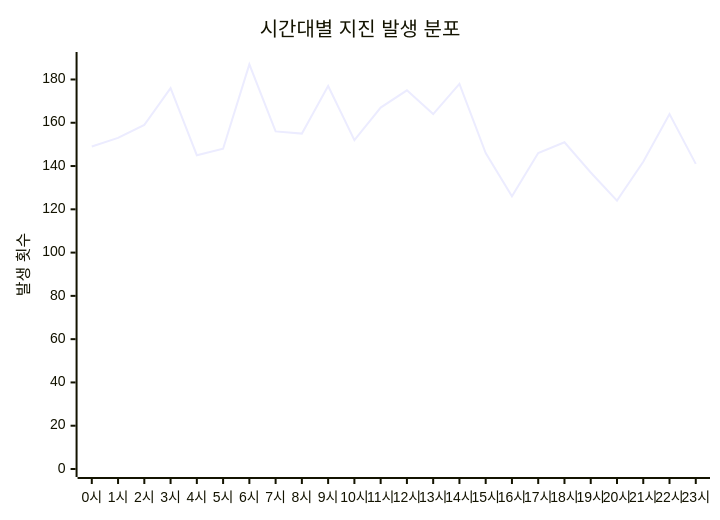
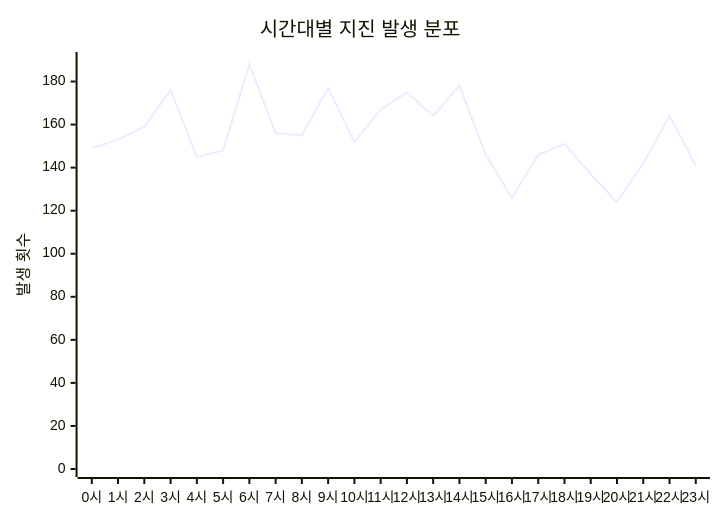
The diagram in charts/time-chart.md (serendip811/japan-eq), drawn with Mermaid before and after one commit. The commit also changed other lines of this file and 5 other files, not shown here.

Commit message:
Update earthquake data and charts Fri Feb 27 07:20:57 UTC 2026

````diff
--- a/charts/time-chart.md
+++ b/charts/time-chart.md
@@ -3,7 +3,7 @@
 ```mermaid
 xychart-beta
     title "시간대별 지진 발생 분포"
     x-axis ["0시", "1시", "2시", "3시", "4시", "5시", "6시", "7시", "8시", "9시", "10시", "11시", "12시", "13시", "14시", "15시", "16시", "17시", "18시", "19시", "20시", "21시", "22시", "23시"]
-    y-axis "발생 횟수" 0 --> 189
-    line [149, 153, 159, 176, 145, 148, 187, 156, 155, 177, 152, 167, 175, 164, 178, 146, 126, 146, 151, 137, 124, 142, 164, 141]
+    y-axis "발생 횟수" 0 --> 190
+    line [149, 153, 159, 176, 145, 148, 188, 156, 155, 177, 152, 167, 175, 164, 178, 146, 126, 146, 151, 137, 124, 142, 164, 141]
 ```
````
